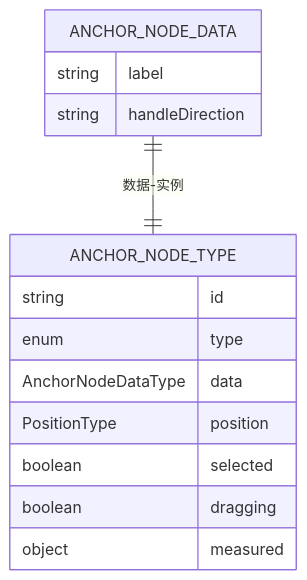
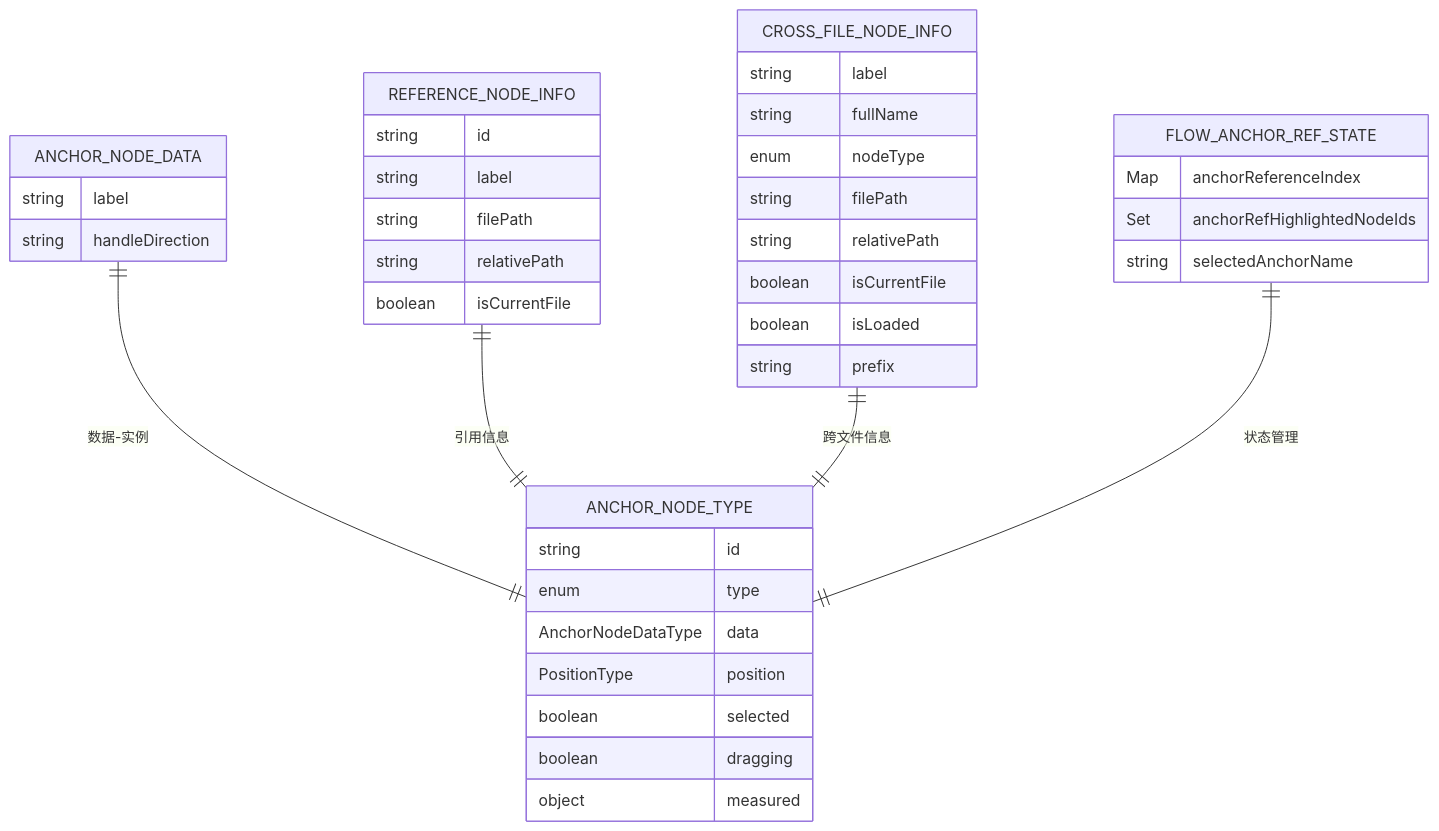
One commit to kqcoxn/MaaPipelineEditor changed the fifth of 11 diagrams in .qoder/repowiki/zh/content/核心概念/节点系统/Anchor节点.md. Above: the diagram before and after it, drawn with Mermaid. The commit also changed other lines of this file and 19 other files, not shown here.

````diff
--- a/.qoder/repowiki/zh/content/核心概念/节点系统/Anchor节点.md
+++ b/.qoder/repowiki/zh/content/核心概念/节点系统/Anchor节点.md
@@ -193,17 +256,42 @@
 ```mermaid
 erDiagram
 ANCHOR_NODE_DATA {
 string label
 string handleDirection
 }
 ANCHOR_NODE_TYPE {
 string id
 enum type
 AnchorNodeDataType data
 PositionType position
 boolean selected
 boolean dragging
 object measured
 }
+REFERENCE_NODE_INFO {
+string id
+string label
+string filePath
+string relativePath
+boolean isCurrentFile
+}
+CROSS_FILE_NODE_INFO {
+string label
+string fullName
+enum nodeType
+string filePath
+string relativePath
+boolean isCurrentFile
+boolean isLoaded
+string prefix
+}
+FLOW_ANCHOR_REF_STATE {
+Map anchorReferenceIndex
+Set anchorRefHighlightedNodeIds
+string selectedAnchorName
+}
 ANCHOR_NODE_DATA ||--|| ANCHOR_NODE_TYPE : "数据-实例"
+REFERENCE_NODE_INFO ||--|| ANCHOR_NODE_TYPE : "引用信息"
+CROSS_FILE_NODE_INFO ||--|| ANCHOR_NODE_TYPE : "跨文件信息"
+FLOW_ANCHOR_REF_STATE ||--|| ANCHOR_NODE_TYPE : "状态管理"
 ```
````
